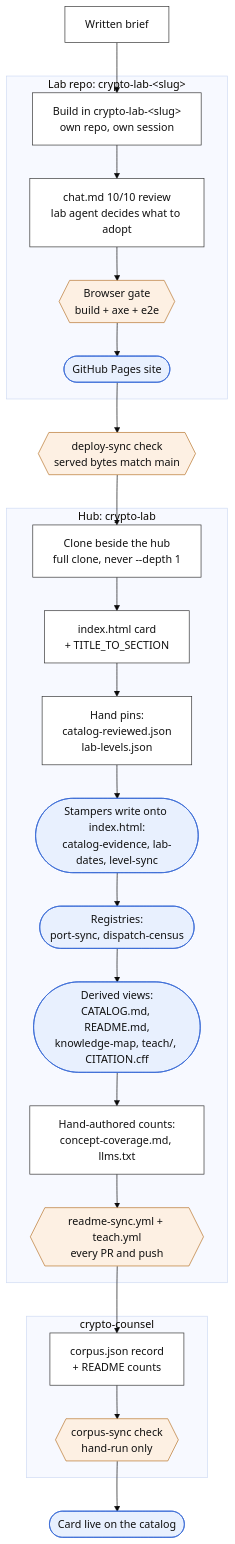
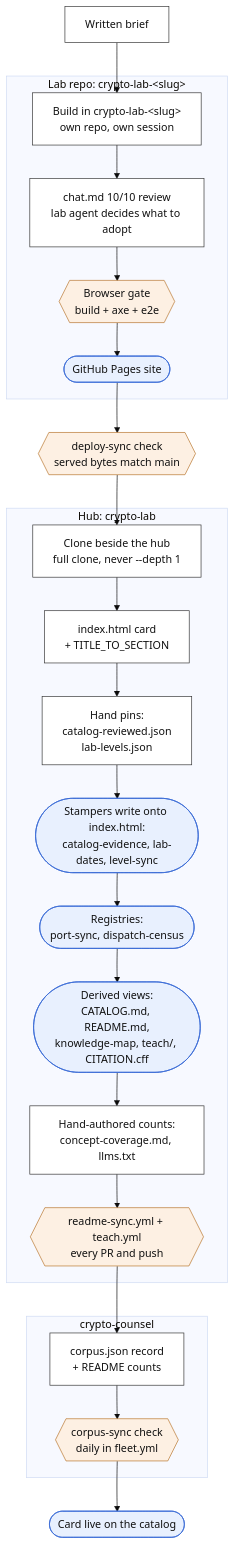
Before and after one commit to systemslibrarian/crypto-lab: the first of 2 diagrams in docs/ADDING-A-LAB.md, drawn with Mermaid (base theme). The commit also changed other lines of this file and 7 other files, not shown here.

````diff
--- a/docs/ADDING-A-LAB.md
+++ b/docs/ADDING-A-LAB.md
@@ -25,38 +25,38 @@
 ```mermaid
 flowchart TD
   brief["Written brief"] --> build["Build in crypto-lab-&lt;slug&gt;<br/>own repo, own session"]
 
   subgraph LAB["Lab repo: crypto-lab-&lt;slug&gt;"]
     build --> review["chat.md 10/10 review<br/>lab agent decides what to adopt"]
     review --> labgate{{"Browser gate<br/>build + axe + e2e"}}
     labgate --> pages(["GitHub Pages site"])
   end
 
   pages --> deploycheck{{"deploy-sync check<br/>served bytes match main"}}
   deploycheck --> clone["Clone beside the hub<br/>full clone, never --depth 1"]
 
   subgraph HUB["Hub: crypto-lab"]
     clone --> card["index.html card<br/>+ TITLE_TO_SECTION"]
     card --> pins["Hand pins:<br/>catalog-reviewed.json<br/>lab-levels.json"]
     pins --> stamp(["Stampers write onto index.html:<br/>catalog-evidence, lab-dates, level-sync"])
     stamp --> registries(["Registries:<br/>port-sync, dispatch-census"])
     registries --> views(["Derived views:<br/>CATALOG.md, README.md,<br/>knowledge-map, teach/, CITATION.cff"])
     views --> handcounts["Hand-authored counts:<br/>concept-coverage.md, llms.txt"]
     handcounts --> hubgate{{"readme-sync.yml + teach.yml<br/>every PR and push"}}
   end
 
   subgraph COUNSEL["crypto-counsel"]
     corpus["corpus.json record<br/>+ README counts"]
-    corpus --> corpusgate{{"corpus-sync check<br/>hand-run only"}}
+    corpus --> corpusgate{{"corpus-sync check<br/>daily in fleet.yml"}}
   end
 
   hubgate --> corpus
   corpusgate --> live(["Card live on the catalog"])
 
   classDef hand fill:#fff,stroke:#333,stroke-width:1px,color:#111
   classDef gen fill:#e8f0fe,stroke:#3367d6,stroke-width:1px,color:#111
   classDef gate fill:#fdf0e3,stroke:#b8742a,stroke-width:1px,color:#111
   class brief,build,review,clone,card,pins,handcounts,corpus hand
   class pages,stamp,registries,views,live gen
   class labgate,deploycheck,hubgate,corpusgate gate
 ```
````
